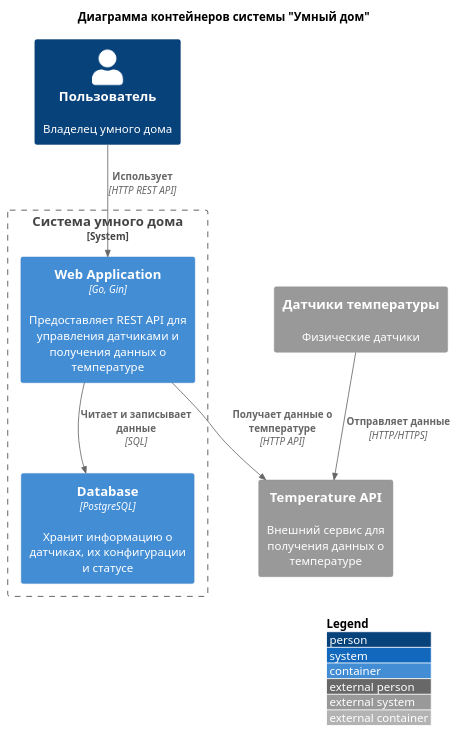
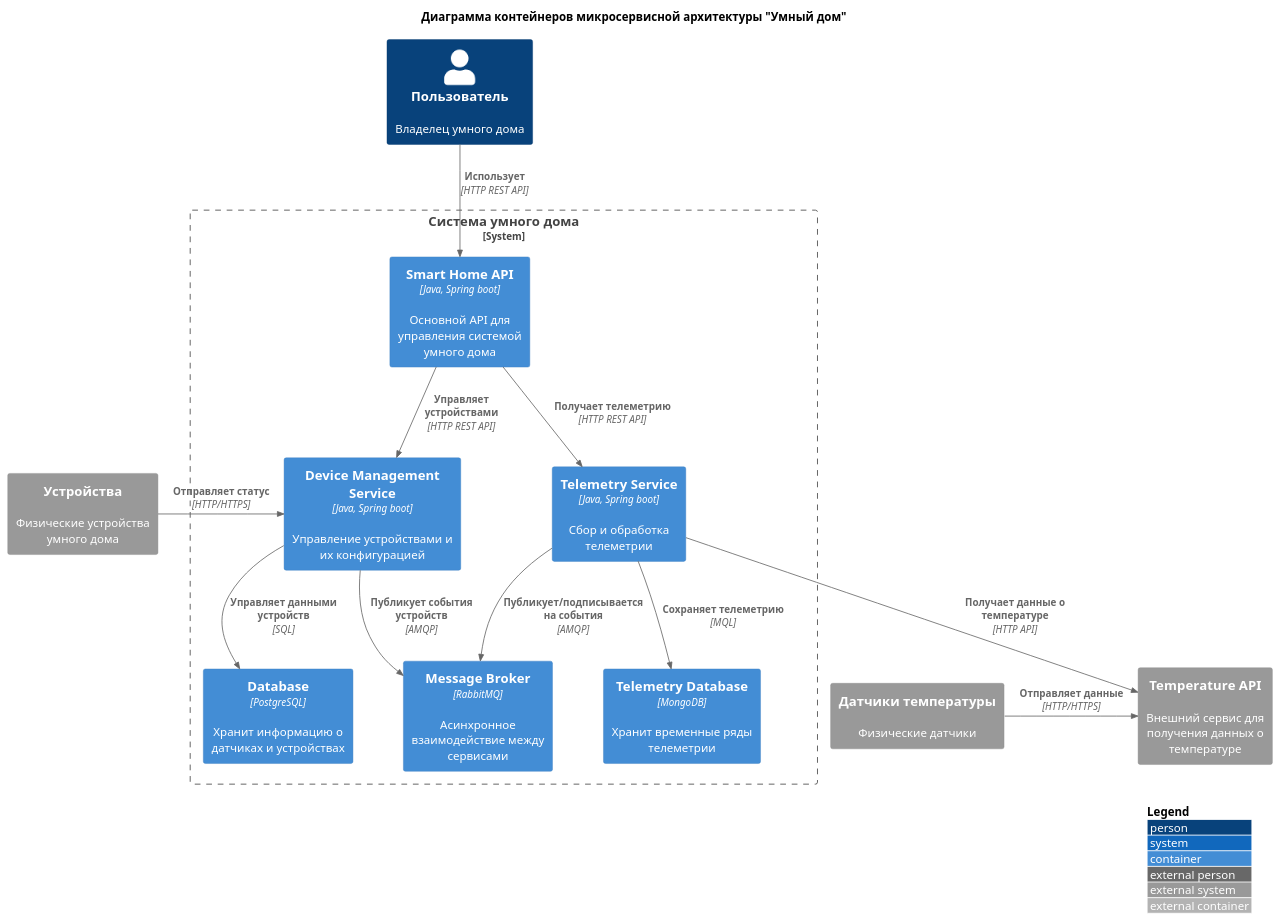
One commit to kalach77rus/warmhouse changed the diagram in diagrams/container/container-diagram.puml. Above: the diagram before and after it, drawn with PlantUML. The commit also changed 1 other file, not shown here.

```diff
--- a/diagrams/container/container-diagram.puml
+++ b/diagrams/container/container-diagram.puml
@@ -1,23 +1,34 @@
-@startuml Container Diagram
+@startuml Microservices Container Diagram
 !include ../common/C4_Container.puml
 
 LAYOUT_WITH_LEGEND()
 
-title Диаграмма контейнеров системы "Умный дом"
+title Диаграмма контейнеров микросервисной архитектуры "Умный дом"
 
 Person(user, "Пользователь", "Владелец умного дома")
 
 System_Boundary(smart_home_system, "Система умного дома") {
-    Container(web_app, "Web Application", "Go, Gin", "Предоставляет REST API для управления датчиками и получения данных о температуре")
-    Container(db, "Database", "PostgreSQL", "Хранит информацию о датчиках, их конфигурации и статусе")
+    Container(web_app, "Smart Home API", "Java, Spring boot", "Основной API для управления системой умного дома")
+    Container(device_service, "Device Management Service", "Java, Spring boot", "Управление устройствами и их конфигурацией")
+    Container(telemetry_service, "Telemetry Service", "Java, Spring boot", "Сбор и обработка телеметрии")
+    Container(message_broker, "Message Broker", "RabbitMQ", "Асинхронное взаимодействие между сервисами")
+    Container(db, "Database", "PostgreSQL", "Хранит информацию о датчиках и устройствах")
+    Container(telemetry_db, "Telemetry Database", "MongoDB", "Хранит временные ряды телеметрии")
 }
 
 System_Ext(temperature_api, "Temperature API", "Внешний сервис для получения данных о температуре")
 System_Ext(sensors, "Датчики температуры", "Физические датчики")
+System_Ext(devices, "Устройства", "Физические устройства умного дома")
 
 Rel(user, web_app, "Использует", "HTTP REST API")
-Rel(web_app, db, "Читает и записывает данные", "SQL")
-Rel(web_app, temperature_api, "Получает данные о температуре", "HTTP API")
-Rel(sensors, temperature_api, "Отправляет данные", "HTTP/HTTPS")
+Rel(web_app, device_service, "Управляет устройствами", "HTTP REST API")
+Rel(device_service, db, "Управляет данными устройств", "SQL")
+Rel_R(devices, device_service, "Отправляет статус", "HTTP/HTTPS")
+Rel(web_app, telemetry_service, "Получает телеметрию", "HTTP REST API")
+Rel(telemetry_service, telemetry_db, "Сохраняет телеметрию", "MQL")
+Rel(telemetry_service, temperature_api, "Получает данные о температуре", "HTTP API")
+Rel_R(sensors, temperature_api, "Отправляет данные", "HTTP/HTTPS")
 
-@enduml 
+Rel(device_service, message_broker, "Публикует события устройств", "AMQP")
+Rel(telemetry_service, message_broker, "Публикует/подписывается на события", "AMQP")
+@enduml
```
